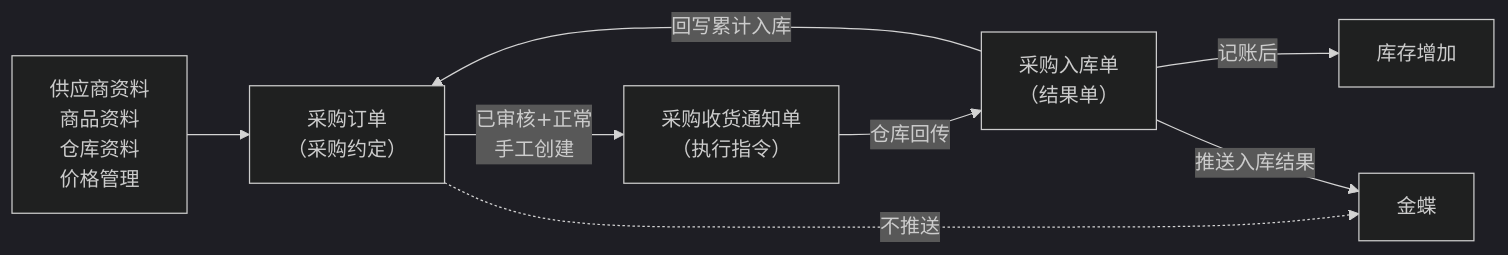
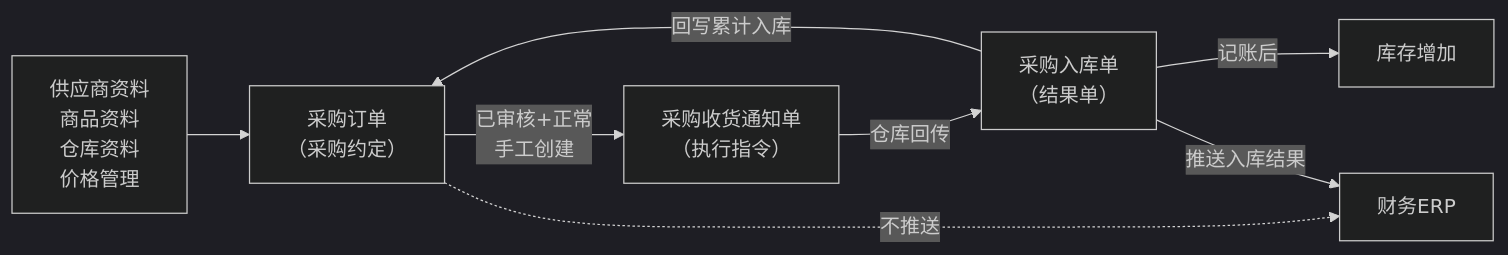
The first of 3 diagrams in 04-产品设计方案/20260812-ERP项目第一版框架搭建/需求文档PRD/2-采购管理/采购订单/采购订单主PRD.md (TopVitamin/QS-ERP-Project), drawn with Mermaid (dark theme) before and after one commit. The commit also changed other lines of this file and 354 other files, not shown here.

````diff
--- a/04-产品设计方案/20260812-ERP项目第一版框架搭建/需求文档PRD/2-采购管理/采购订单/采购订单主PRD.md
+++ b/04-产品设计方案/20260812-ERP项目第一版框架搭建/需求文档PRD/2-采购管理/采购订单/采购订单主PRD.md
@@ -117,10 +117,10 @@
 ```mermaid
 flowchart LR
     A["供应商资料<br/>商品资料<br/>仓库资料<br/>价格管理"] --> B["采购订单<br/>（采购约定）"]
     B -->|"已审核+正常<br/>手工创建"| C["采购收货通知单<br/>（执行指令）"]
     C -->|"仓库回传"| D["采购入库单<br/>（结果单）"]
     D -->|"回写累计入库"| B
     D -->|"记账后"| E["库存增加"]
-    B -.->|"不推送"| F["金蝶"]
+    B -.->|"不推送"| F["财务ERP"]
     D -->|"推送入库结果"| F
 ```
````
